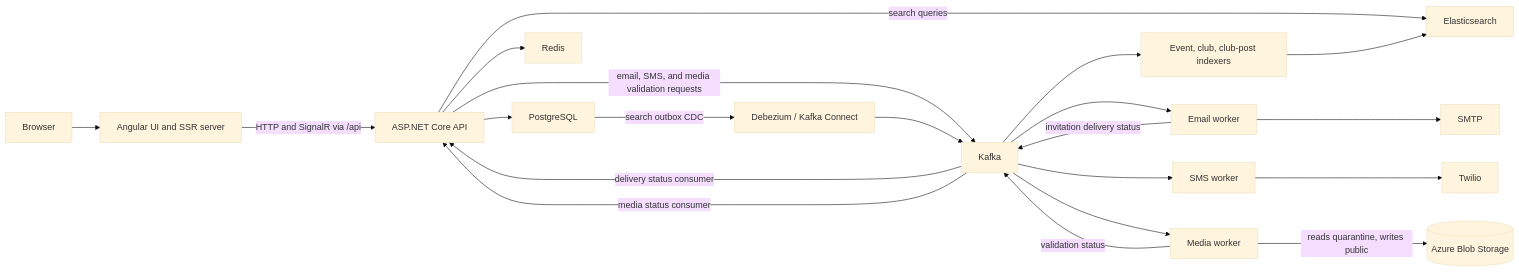
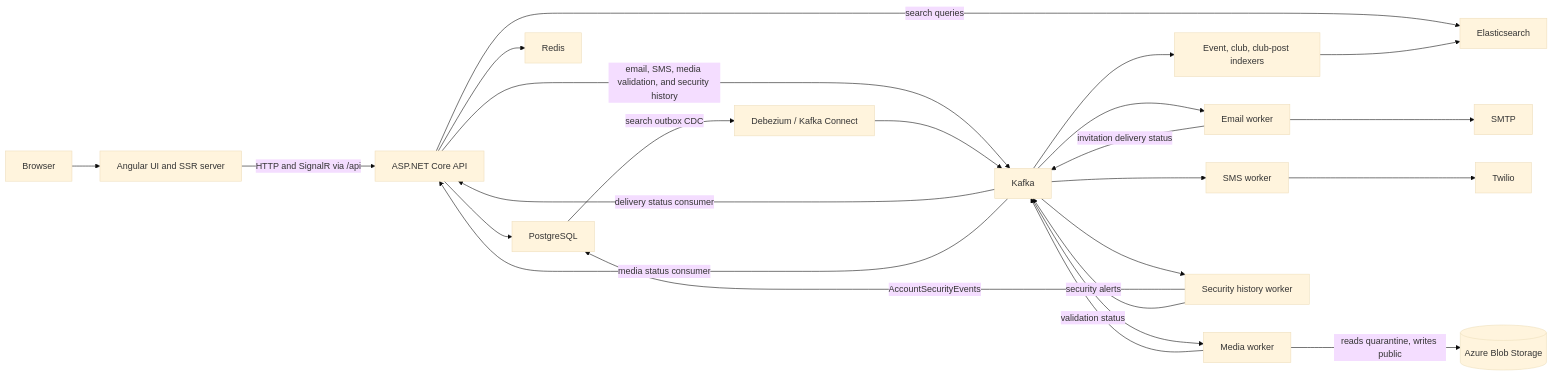
One commit to thomastran117x/Elevate changed the first of 2 diagrams in docs/ARCHITECTURE.md. Above: the diagram before and after it, drawn with Mermaid (base theme). The commit also changed other lines of this file and 42 other files, not shown here.

First line of the commit message:
Add the security-history worker with alerts and retention

````diff
--- a/docs/ARCHITECTURE.md
+++ b/docs/ARCHITECTURE.md
@@ -5,23 +5,26 @@
 ```mermaid
 flowchart LR
     Browser --> Angular[Angular UI and SSR server]
     Angular -->|HTTP and SignalR via /api| API[ASP.NET Core API]
     API --> PostgreSQL
     API --> Redis
     API -->|search queries| Elasticsearch
-    API -->|email, SMS, and media validation requests| Kafka
+    API -->|email, SMS, media validation, and security history| Kafka
     PostgreSQL -->|search outbox CDC| Connect[Debezium / Kafka Connect]
     Connect --> Kafka
     Kafka --> Indexers[Event, club, club-post indexers]
     Indexers --> Elasticsearch
     Kafka --> Email[Email worker]
     Email --> SMTP
     Email -->|invitation delivery status| Kafka
     Kafka -->|delivery status consumer| API
     Kafka --> SMS[SMS worker]
     SMS --> Twilio
     Kafka --> Media[Media worker]
     Media -->|reads quarantine, writes public| Blob[(Azure Blob Storage)]
     Media -->|validation status| Kafka
     Kafka -->|media status consumer| API
+    Kafka --> History[Security history worker]
+    History -->|AccountSecurityEvents| PostgreSQL
+    History -->|security alerts| Kafka
 ```
````
